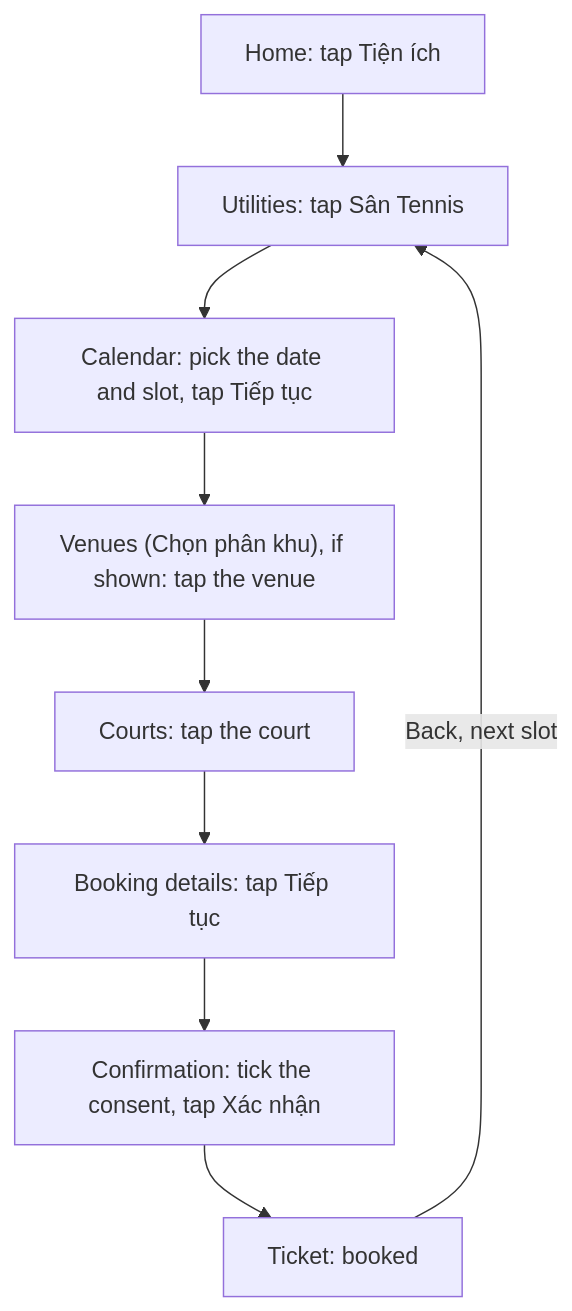
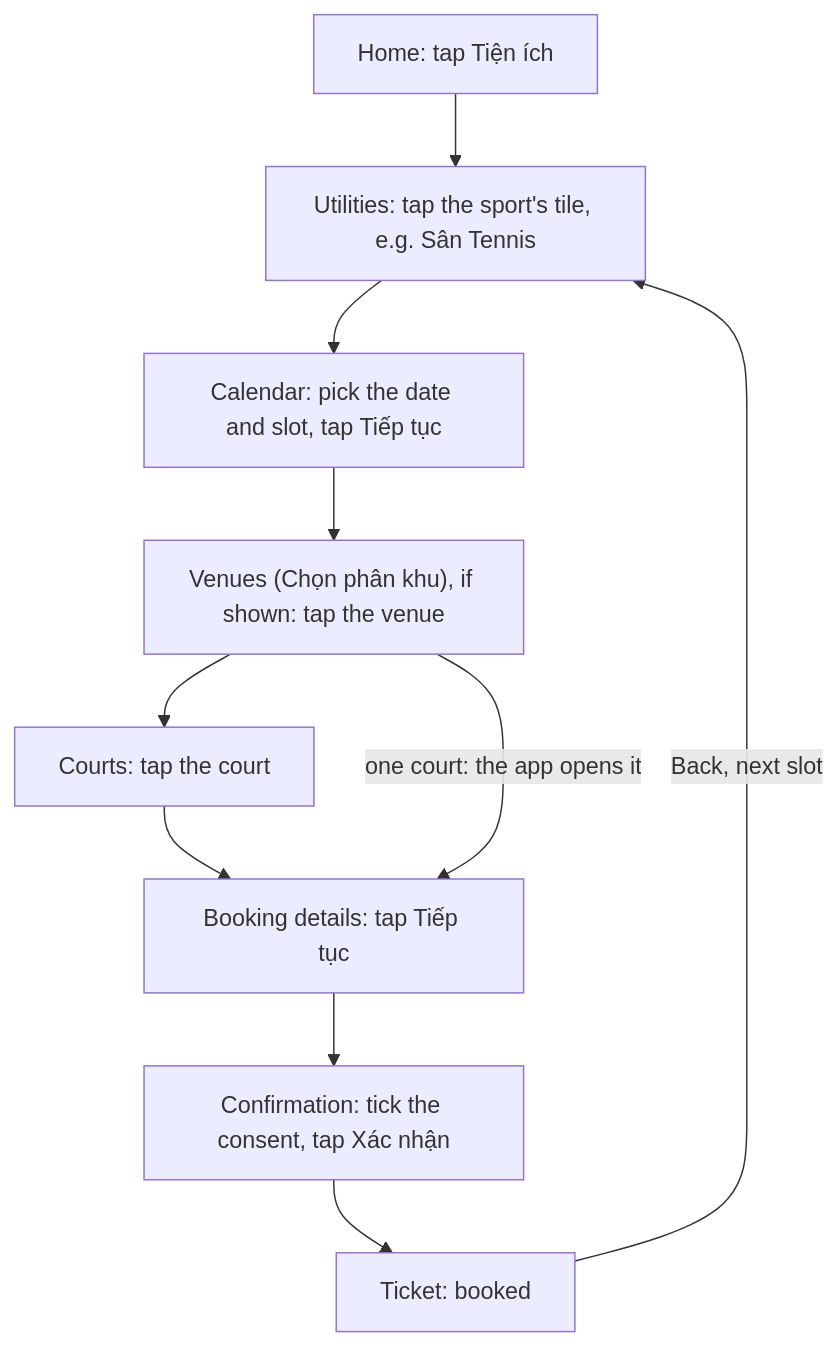
One commit to HauPham-Wts/vh-tennis-booker changed the diagram in README.md. Above: the diagram before and after it, drawn with Mermaid. The commit also changed other lines of this file and 1 other file, not shown here.

Commit message:
docs: the README and roadmap cover the other sports

````diff
--- a/README.md
+++ b/README.md
@@ -56,11 +58,12 @@
 ```mermaid
 flowchart TD
-    A["Home: tap Tiện ích"] --> B["Utilities: tap Sân Tennis"]
+    A["Home: tap Tiện ích"] --> B["Utilities: tap the sport's tile, e.g. Sân Tennis"]
     B --> C["Calendar: pick the date and slot, tap Tiếp tục"]
     C --> V["Venues (Chọn phân khu), if shown: tap the venue"]
     V --> D["Courts: tap the court"]
     D --> E["Booking details: tap Tiếp tục"]
+    V -->|one court: the app opens it| E
     E --> F["Confirmation: tick the consent, tap Xác nhận"]
     F --> G["Ticket: booked"]
     G -->|Back, next slot| B
 ```
````
